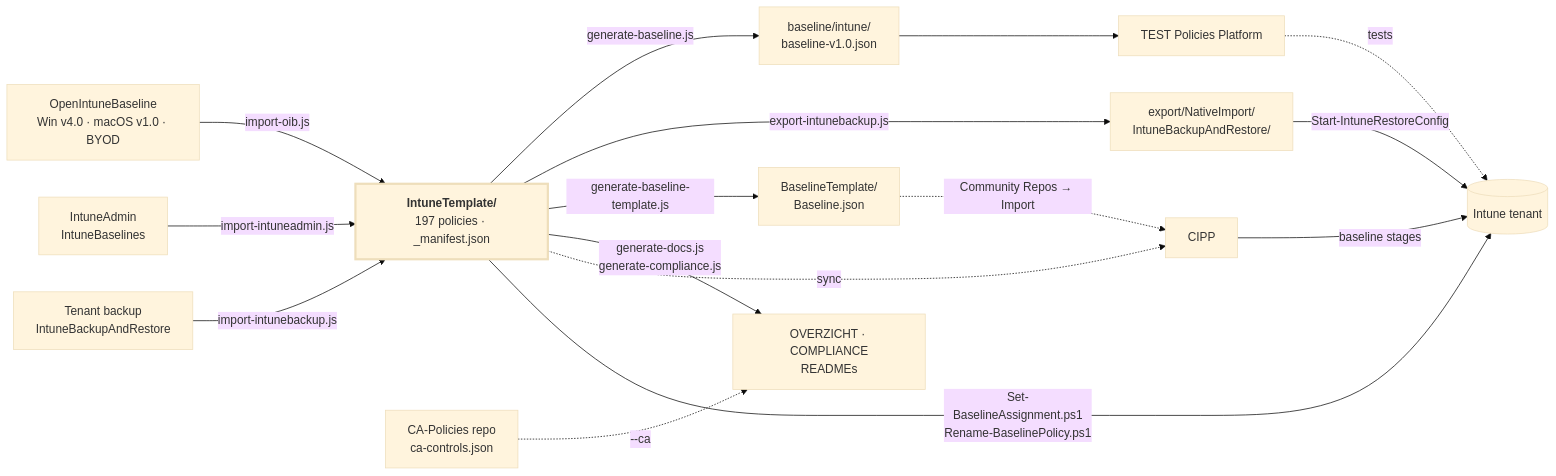
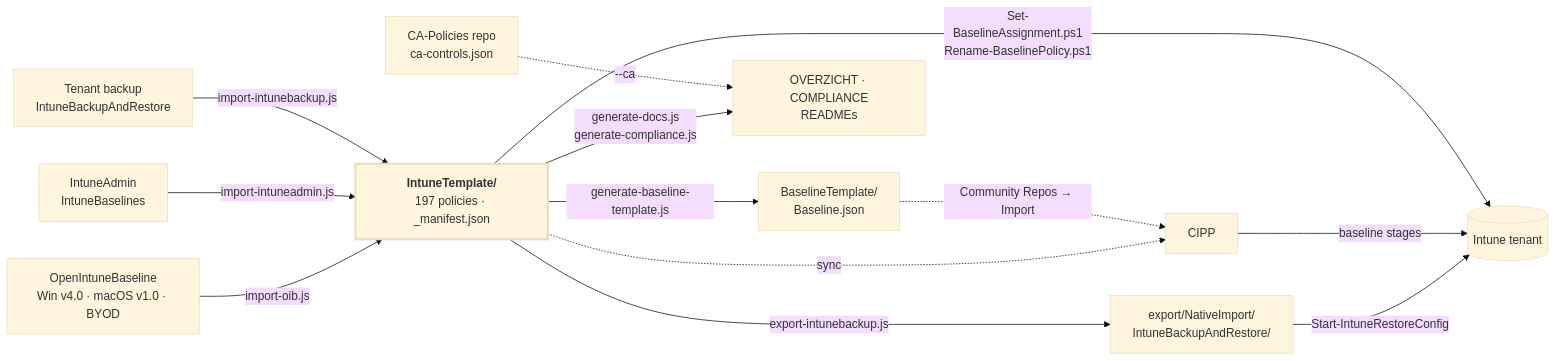
Before and after one commit to sjkanon/IntuneBackup: the diagram in STRUCTUUR.en.md, drawn with Mermaid (base theme). The commit also changed other lines of this file and 678 other files, not shown here.

First line of the commit message:
TEST Policies Platform eruit

````diff
--- a/STRUCTUUR.en.md
+++ b/STRUCTUUR.en.md
@@ -24,24 +24,21 @@
 ```mermaid
 flowchart LR
   OIB["OpenIntuneBaseline<br/>Win v4.0 · macOS v1.0 · BYOD"] -->|import-oib.js| T
   IA["IntuneAdmin<br/>IntuneBaselines"] -->|import-intuneadmin.js| T
   BK["Tenant backup<br/>IntuneBackupAndRestore"] -->|import-intunebackup.js| T
 
   T["<b>IntuneTemplate/</b><br/>197 policies · _manifest.json"]
 
-  T -->|generate-baseline.js| BL["baseline/intune/<br/>baseline-v1.0.json"]
   T -->|export-intunebackup.js| EX["export/NativeImport/<br/>IntuneBackupAndRestore/"]
   T -->|generate-baseline-template.js| BT["BaselineTemplate/<br/>Baseline.json"]
   T -->|generate-docs.js<br/>generate-compliance.js| DOC["OVERZICHT · COMPLIANCE<br/>READMEs"]
   CA["CA-Policies repo<br/>ca-controls.json"] -.->|--ca| DOC
 
   T -.->|sync| CIPP["CIPP"]
   BT -.->|Community Repos → Import| CIPP
-  BL --> PLAT["TEST Policies Platform"]
   EX -->|Start-IntuneRestoreConfig| TEN[("Intune tenant")]
   CIPP -->|baseline stages| TEN
   T -->|Set-BaselineAssignment.ps1<br/>Rename-BaselinePolicy.ps1| TEN
-  PLAT -.->|tests| TEN
 
   style T stroke-width:3px
 ```
````
